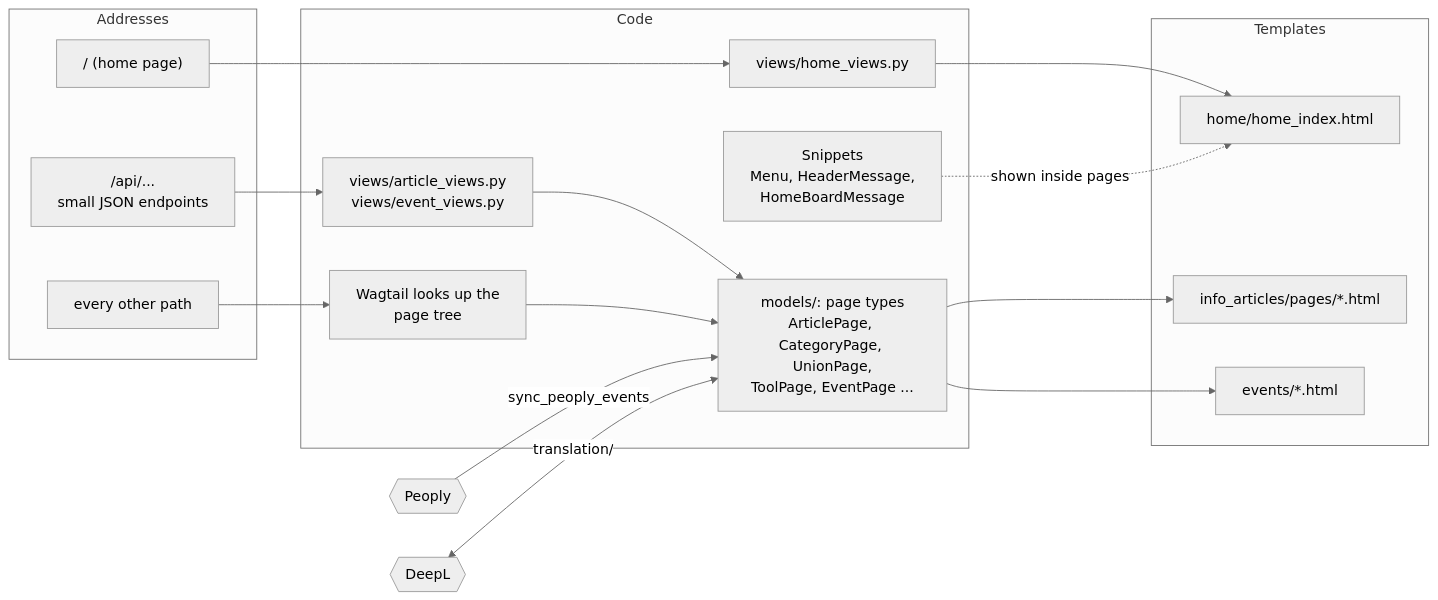
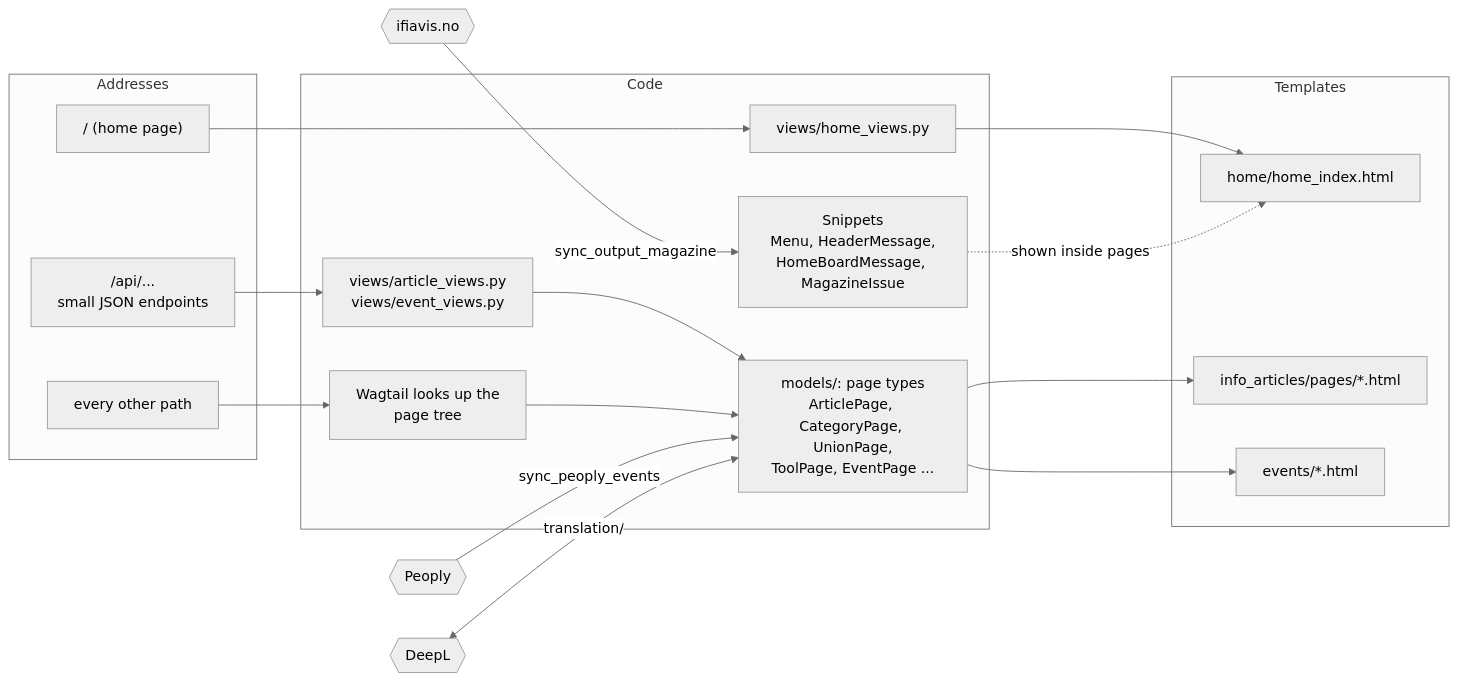
Before and after one commit to Creators-Guild/IfiPlatform: the second of 6 diagrams in docs/architecture/overview.md, drawn with Mermaid (neutral theme). The commit also changed other lines of this file and 31 other files, not shown here.

First line of the commit message:
home: >OUTPUT magazine box with daily sync from ifiavis.no

````diff
--- a/docs/architecture/overview.md
+++ b/docs/architecture/overview.md
@@ -113,28 +117,29 @@
 ```mermaid
 flowchart LR
     subgraph addr["Addresses"]
         a1["/ (home page)"]
         a2["/api/...<br/>small JSON endpoints"]
         a3["every other path"]
     end
     subgraph code["Code"]
         v1["views/home_views.py"]
         v2["views/article_views.py<br/>views/event_views.py"]
         w["Wagtail looks up the<br/>page tree"]
         m["models/: page types<br/>ArticlePage, CategoryPage, UnionPage,<br/>ToolPage, EventPage ..."]
-        sn["Snippets<br/>Menu, HeaderMessage,<br/>HomeBoardMessage"]
+        sn["Snippets<br/>Menu, HeaderMessage,<br/>HomeBoardMessage, MagazineIssue"]
     end
     subgraph tpl["Templates"]
         t1["home/home_index.html"]
         t2["info_articles/pages/*.html"]
         t3["events/*.html"]
     end
     a1 --> v1 --> t1
     a2 --> v2 --> m
     a3 --> w --> m
     m --> t2
     m --> t3
     sn -. "shown inside pages" .-> t1
     peoply{{"Peoply"}} -- "sync_peoply_events" --> m
+    ifiavis{{"ifiavis.no"}} -- "sync_output_magazine" --> sn
     deepl{{"DeepL"}} <-- "translation/" --> m
 ```
````
